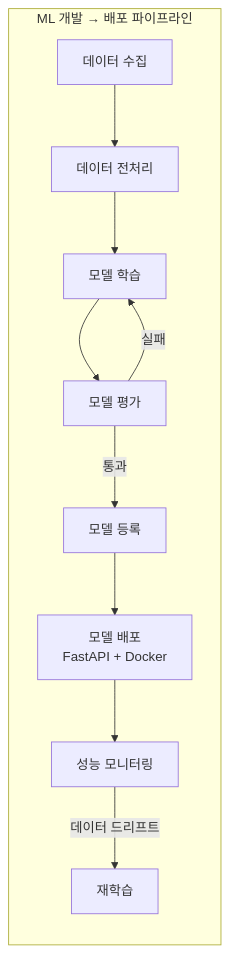
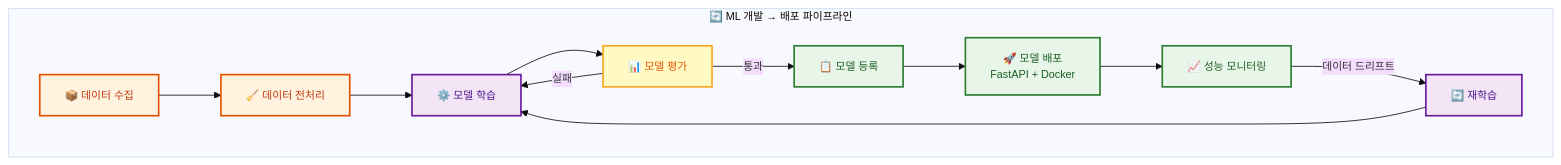
Before and after one commit to jingu279/Document: diagram 15 of 19 in ai-programming/README.md, drawn with Mermaid. The commit also changed other lines of this file, not shown here.

First line of the commit message:
README Mermaid 다이어그램 스타일링 개선

````diff
--- a/ai-programming/README.md
+++ b/ai-programming/README.md
@@ -392,13 +593,29 @@
 ```mermaid
+%%{init: {'theme': 'base', 'themeVariables': {'fontSize': '13px'}}}%%
 flowchart LR
-  subgraph MLOps[ML 개발 → 배포 파이프라인]
-    Data["데이터 수집"] --> Prep["데이터 전처리"]
-    Prep --> Train2["모델 학습"]
-    Train2 --> Eval2["모델 평가"]
-    Eval2 -->|"통과"| Register["모델 등록"]
-    Eval2 -->|"실패"| Train2
-    Register --> Deploy["모델 배포<br/>FastAPI + Docker"]
-    Deploy --> Monitor["성능 모니터링"]
-    Monitor -->|"데이터 드리프트"| Retrain["재학습"]
+  subgraph MLOps[🔄 ML 개발 → 배포 파이프라인]
+    direction LR
+    Data["📦 데이터 수집"]
+    Prep["🧹 데이터 전처리"]
+    Train2["⚙️ 모델 학습"]
+    Eval2["📊 모델 평가"]
+    Register["📋 모델 등록"]
+    Deploy["🚀 모델 배포<br/>FastAPI + Docker"]
+    Monitor["📈 성능 모니터링"]
+    Retrain["🔄 재학습"]
   end
+
+  Data --> Prep --> Train2 --> Eval2
+  Eval2 -->|통과| Register --> Deploy --> Monitor
+  Eval2 -->|실패| Train2
+  Monitor -->|데이터 드리프트| Retrain --> Train2
+
+  classDef data fill:#fff3e0,stroke:#e65100,stroke-width:2px,color:#bf360c
+  classDef train fill:#f3e5f5,stroke:#6a1b9a,stroke-width:2px,color:#4a148c
+  classDef eval fill:#fff9c4,stroke:#f9a825,stroke-width:2px,color:#e65100
+  classDef deploy fill:#e8f5e9,stroke:#2e7d32,stroke-width:2px,color:#1b5e20
+  class Data,Prep data
+  class Train2,Retrain train
+  class Eval2 eval
+  class Register,Deploy,Monitor deploy
 ```
````
